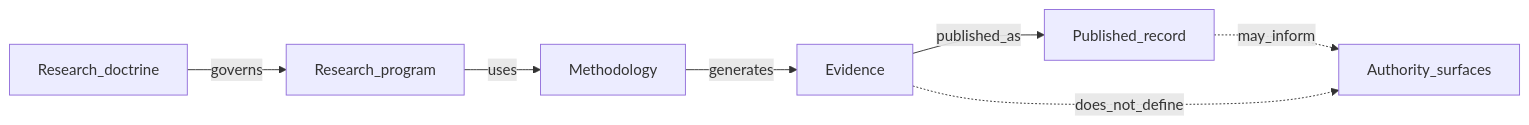
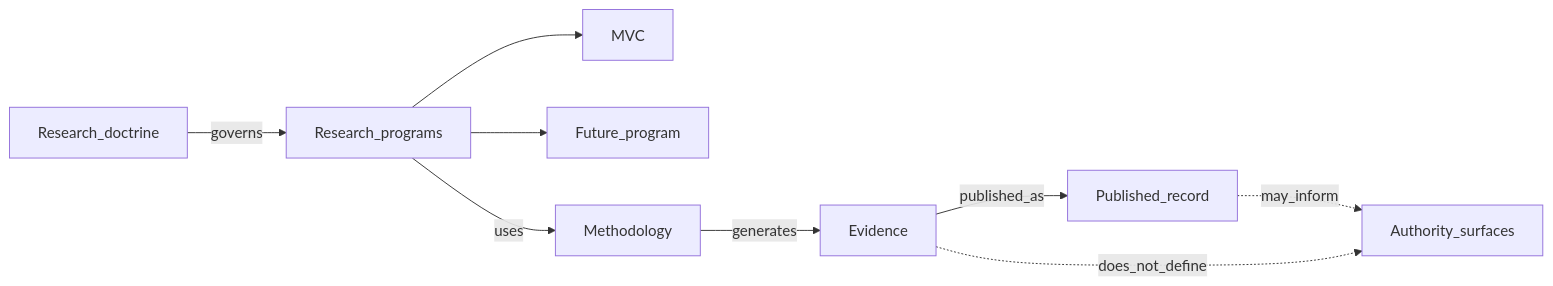
Before and after one commit to egallmann/ste-handbook: the second of 2 diagrams in 14-research/14-00-research-overview.md, drawn with Mermaid. The commit also changed other lines of this file and 13 other files, not shown here.

````diff
--- a/14-research/14-00-research-overview.md
+++ b/14-research/14-00-research-overview.md
@@ -34,16 +60,20 @@
 ```mermaid
 flowchart LR
   Doctrine[Research_doctrine]
-  Program[Research_program]
+  Program[Research_programs]
+  MVC[MVC]
+  Future[Future_program]
   Method[Methodology]
   Evidence[Evidence]
   Publication[Published_record]
   Authority[Authority_surfaces]
 
   Doctrine -->|governs| Program
+  Program --> MVC
+  Program --> Future
   Program -->|uses| Method
   Method -->|generates| Evidence
   Evidence -->|published_as| Publication
   Publication -.->|may_inform| Authority
   Evidence -.->|does_not_define| Authority
 ```
````
